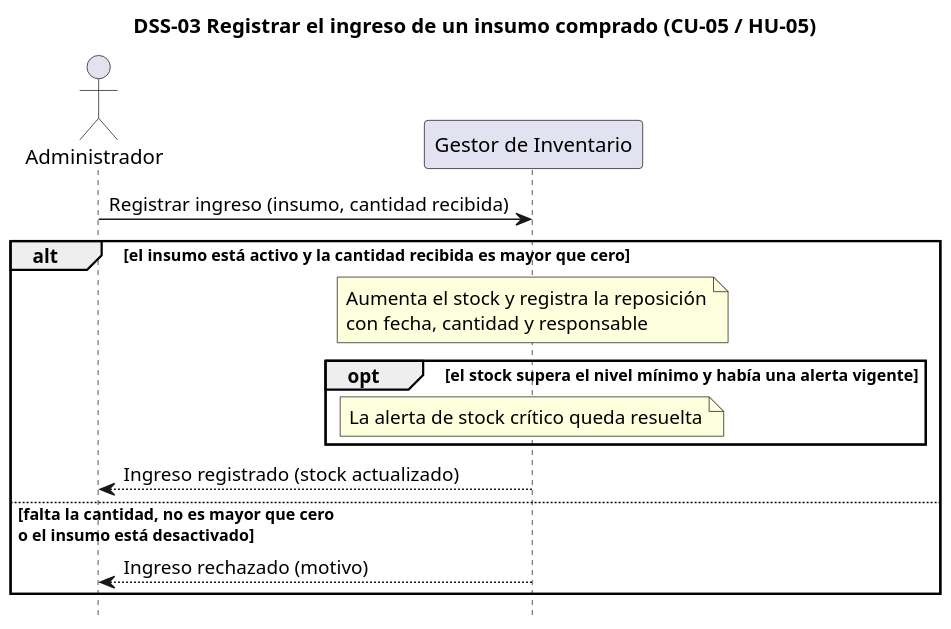
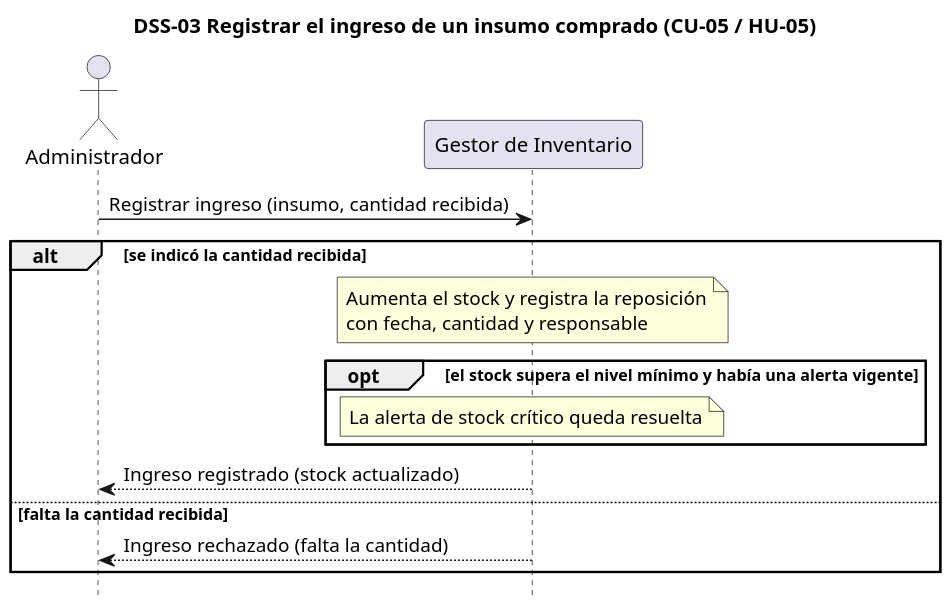
One commit to lambtto/Gestor-Inventario-Brookie changed the diagram in diagramas/dss-03.puml. Above: the diagram before and after it, drawn with PlantUML. The commit also changed 16 other files, not shown here.

```diff
--- a/diagramas/dss-03.puml
+++ b/diagramas/dss-03.puml
@@ -1,18 +1,18 @@
 @startuml dss-03
 title DSS-03 Registrar el ingreso de un insumo comprado (CU-05 / HU-05)
 skinparam dpi 140
 hide footbox
 actor Administrador as Adm
 participant "Gestor de Inventario" as G
 
 Adm -> G : Registrar ingreso (insumo, cantidad recibida)
-alt el insumo está activo y la cantidad recibida es mayor que cero
+alt se indicó la cantidad recibida
   note over G : Aumenta el stock y registra la reposición\ncon fecha, cantidad y responsable
   opt el stock supera el nivel mínimo y había una alerta vigente
     note over G : La alerta de stock crítico queda resuelta
   end
   G --> Adm : Ingreso registrado (stock actualizado)
-else falta la cantidad, no es mayor que cero\no el insumo está desactivado
-  G --> Adm : Ingreso rechazado (motivo)
+else falta la cantidad recibida
+  G --> Adm : Ingreso rechazado (falta la cantidad)
 end
 @enduml
```
